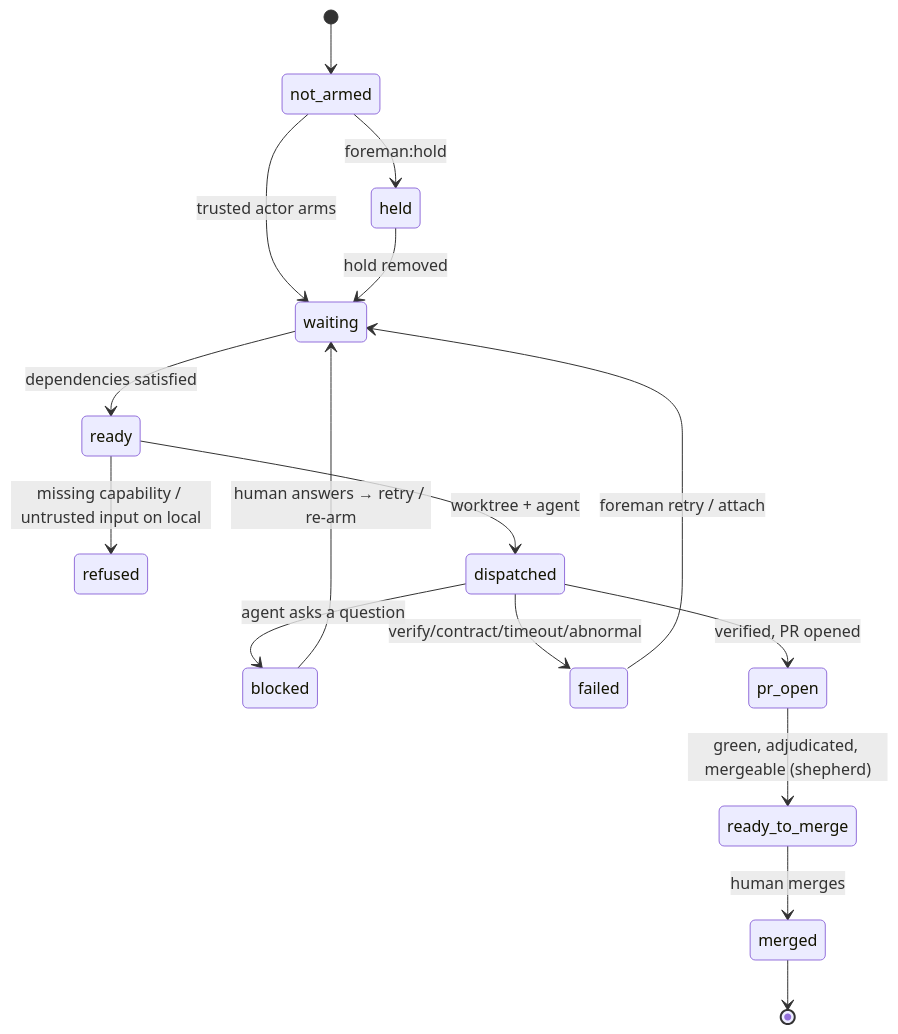
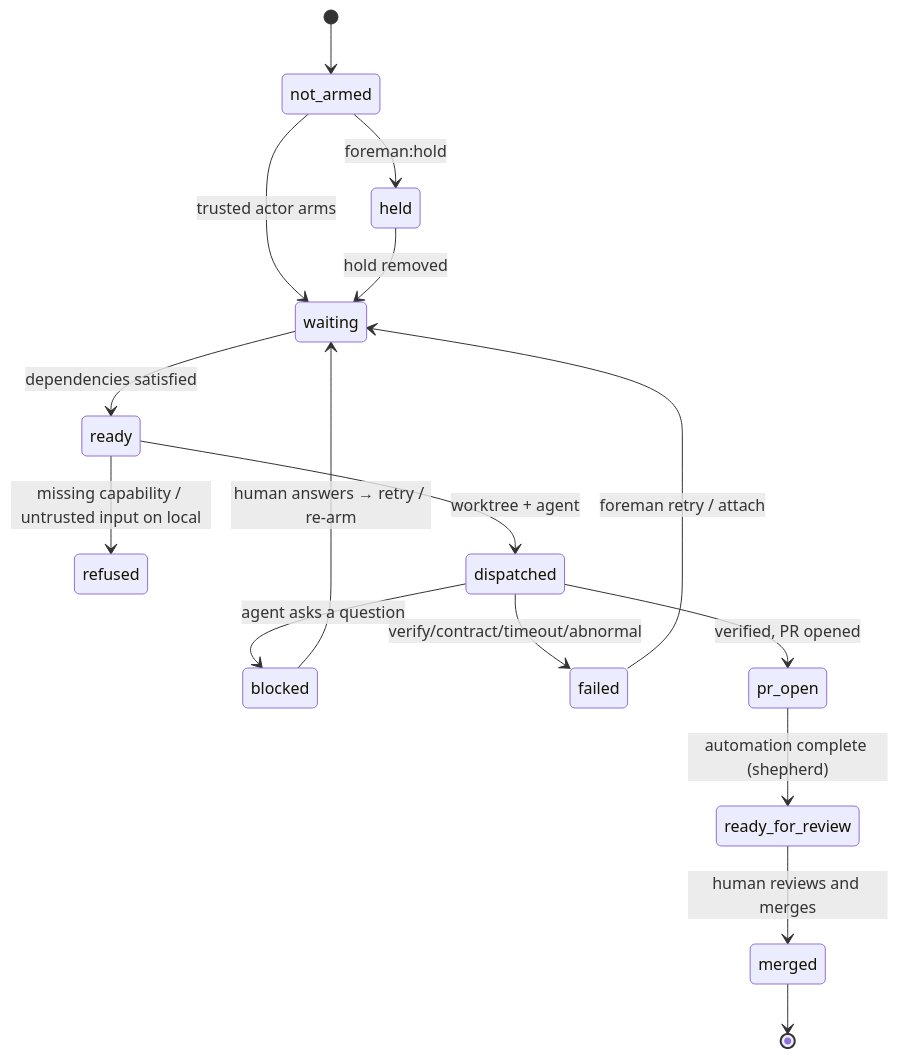
Before and after one commit to ponderousdev/foreman: the second of 2 diagrams in docs/product/domain.md, drawn with Mermaid. The commit also changed 16 other files, not shown here.

````diff
--- a/docs/product/domain.md
+++ b/docs/product/domain.md
@@ -54,18 +54,18 @@
 ```mermaid
 stateDiagram-v2
     [*] --> not_armed
     not_armed --> waiting : trusted actor arms
     held --> waiting : hold removed
     not_armed --> held : foreman:hold
     waiting --> ready : dependencies satisfied
     ready --> refused : missing capability / untrusted input on local
     ready --> dispatched : worktree + agent
     dispatched --> blocked : agent asks a question
     dispatched --> failed : verify/contract/timeout/abnormal
     dispatched --> pr_open : verified, PR opened
-    pr_open --> ready_to_merge : green, adjudicated, mergeable (shepherd)
-    ready_to_merge --> merged : human merges
+    pr_open --> ready_for_review : automation complete (shepherd)
+    ready_for_review --> merged : human reviews and merges
     blocked --> waiting : human answers → retry / re-arm
     failed --> waiting : foreman retry / attach
     merged --> [*]
 ```
````
